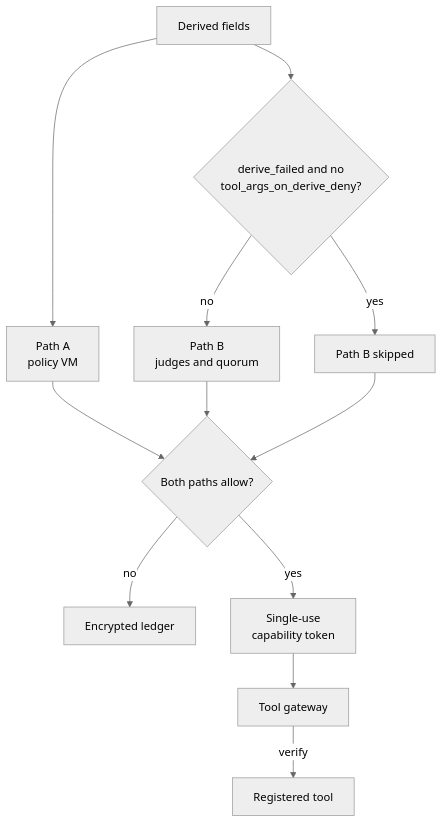
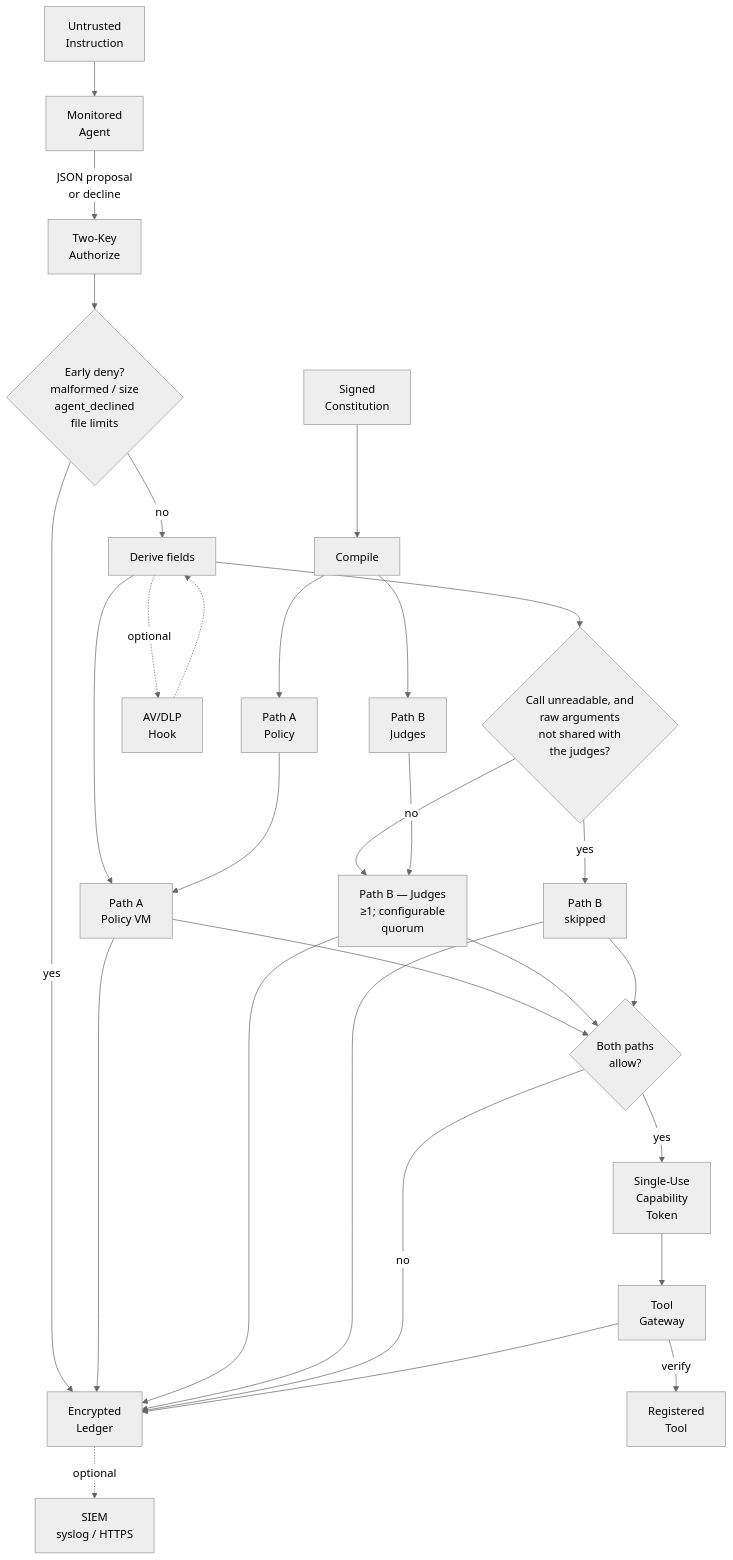
Before and after one commit to Insomniac-VibeLabs/two-key: the second of 4 diagrams in README.md, drawn with Mermaid (neutral theme). The commit also changed other lines of this file and 6 other files, not shown here.

First line of the commit message:
Docs review: README from main, clearer diagram labels, config show described correctly

````diff
--- a/README.md
+++ b/README.md
@@ -307,14 +278,41 @@
 ```mermaid
 flowchart TD
-  derive["Derived fields"] --> pathA["Path A<br/>policy VM"]
-  derive --> skipcheck{"derive_failed and no<br/>tool_args_on_derive_deny?"}
-  skipcheck -- "yes" --> skipped["Path B skipped"]
-  skipcheck -- "no" --> pathB["Path B<br/>judges and quorum"]
-  pathA --> gate{"Both paths allow?"}
+  constitution["Signed<br/>Constitution"] --> compile["Compile"]
+  compile --> bytecode["Path A<br/>Policy"]
+  compile --> judgeText["Path B<br/>Judges"]
+
+  instruction["Untrusted<br/>Instruction"] --> agent["Monitored<br/>Agent"]
+  agent -->|"JSON proposal<br/>or decline"| authorize["Two-Key<br/>Authorize"]
+
+  authorize --> early{"Early deny?<br/>malformed / size<br/>agent_declined<br/>file limits"}
+  early -->|yes| ledger["Encrypted<br/>Ledger"]
+  early -->|no| derive["Derive fields"]
+
+  derive -.->|"optional"| hook["AV/DLP<br/>Hook"]
+  hook -.-> derive
+
+  derive --> pathA["Path A<br/>Policy VM"]
+  bytecode --> pathA
+
+  derive --> pbCheck{"Call unreadable, and<br/>raw arguments<br/>not shared with<br/>the judges?"}
+  pbCheck -->|yes| skipped["Path B<br/>skipped"]
+  pbCheck -->|no| pathB["Path B — Judges<br/>≥1; configurable<br/>quorum"]
+  judgeText --> pathB
+
+  pathA --> gate{"Both paths<br/>allow?"}
   pathB --> gate
   skipped --> gate
-  gate -- "no" --> ledger["Encrypted ledger"]
-  gate -- "yes" --> token["Single-use<br/>capability token"]
-  token --> gateway["Tool gateway"]
-  gateway -- "verify" --> tool["Registered tool"]
+
+  pathA --> ledger
+  pathB --> ledger
+  skipped --> ledger
+
+  gate -->|no| ledger
+  gate -->|yes| token["Single-Use<br/>Capability<br/>Token"]
+
+  token --> gateway["Tool<br/>Gateway"]
+  gateway -->|"verify"| tool["Registered<br/>Tool"]
+  gateway --> ledger
+
+  ledger -.->|"optional"| siem["SIEM<br/>syslog / HTTPS"]
 ```
````
